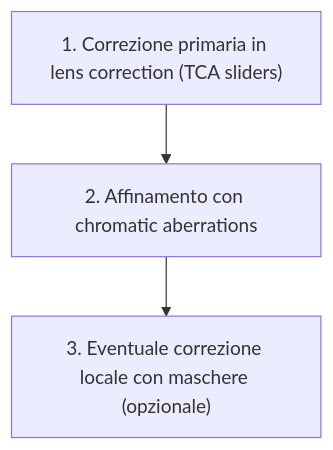
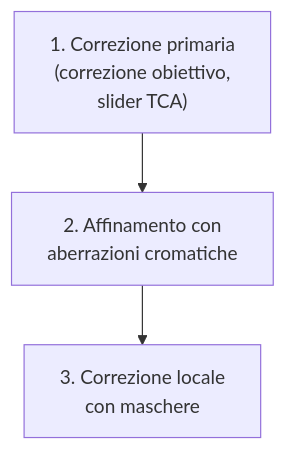
One commit to lorenzoperone/darktable-docs changed the diagram in docs/modules/chromatic-aberrations.md. Above: the diagram before and after it, drawn with Mermaid. The commit also changed 40 other files, not shown here.

First line of the commit message:
fix: reformatta diagrammi Mermaid — etichette brevi, break line, italiano

````diff
--- a/docs/modules/chromatic-aberrations.md
+++ b/docs/modules/chromatic-aberrations.md
@@ -23,4 +23,4 @@
 ```mermaid
 flowchart TD
-    A["1. Correzione primaria in lens correction (TCA sliders)"] --> B["2. Affinamento con chromatic aberrations"] --> C["3. Eventuale correzione locale con maschere (opzionale)"]
+    A["1. Correzione primaria<br/>(correzione obiettivo,<br/>slider TCA)"] --> B["2. Affinamento con<br/>aberrazioni cromatiche"] --> C["3. Correzione locale<br/>con maschere"]
 ```
````
